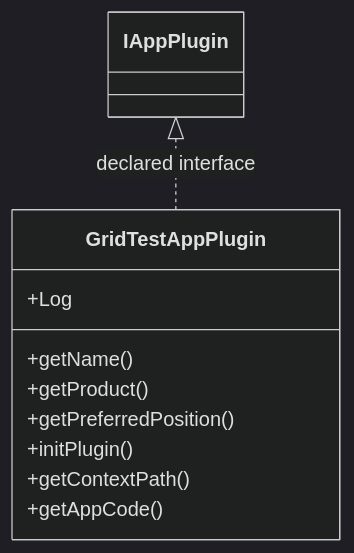
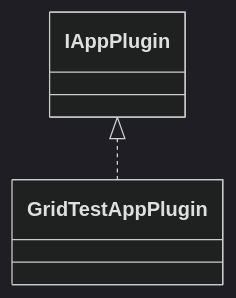
Before and after one commit to haruperi/HaruQuantAI: the diagram in docs/sqx/GridTest/AppGridTest.md, drawn with Mermaid (dark theme). The commit also changed other lines of this file and 1688 other files, not shown here.

````diff
--- a/docs/sqx/GridTest/AppGridTest.md
+++ b/docs/sqx/GridTest/AppGridTest.md
@@ -30,14 +26,6 @@
 ```mermaid
 classDiagram
-    class C1ec06fea7c67["GridTestAppPlugin"] {
-        +Log
-        +getName()
-        +getProduct()
-        +getPreferredPosition()
-        +initPlugin()
-        +getContextPath()
-        +getAppCode()
-    }
-    class C71ae2af47347["IAppPlugin"]
-    C71ae2af47347 <|.. C1ec06fea7c67 : declared interface
+    class C0["GridTestAppPlugin"]
+    class E0["IAppPlugin"]
+    E0 <|.. C0
 ```
````
